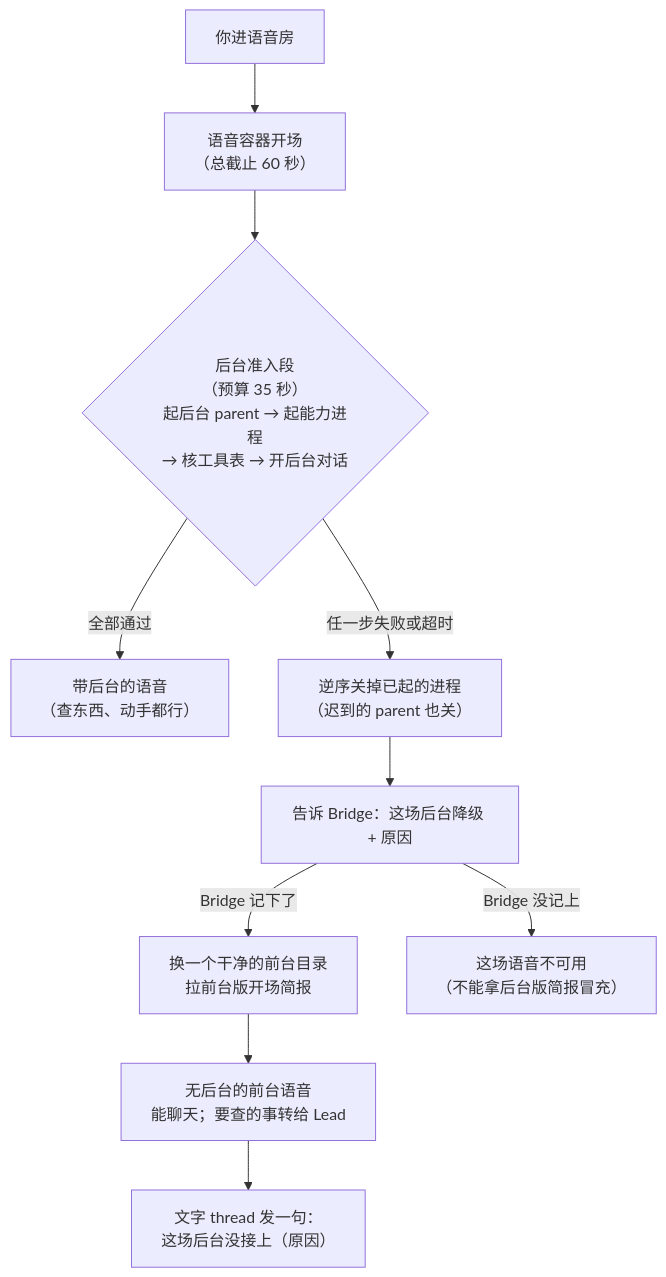
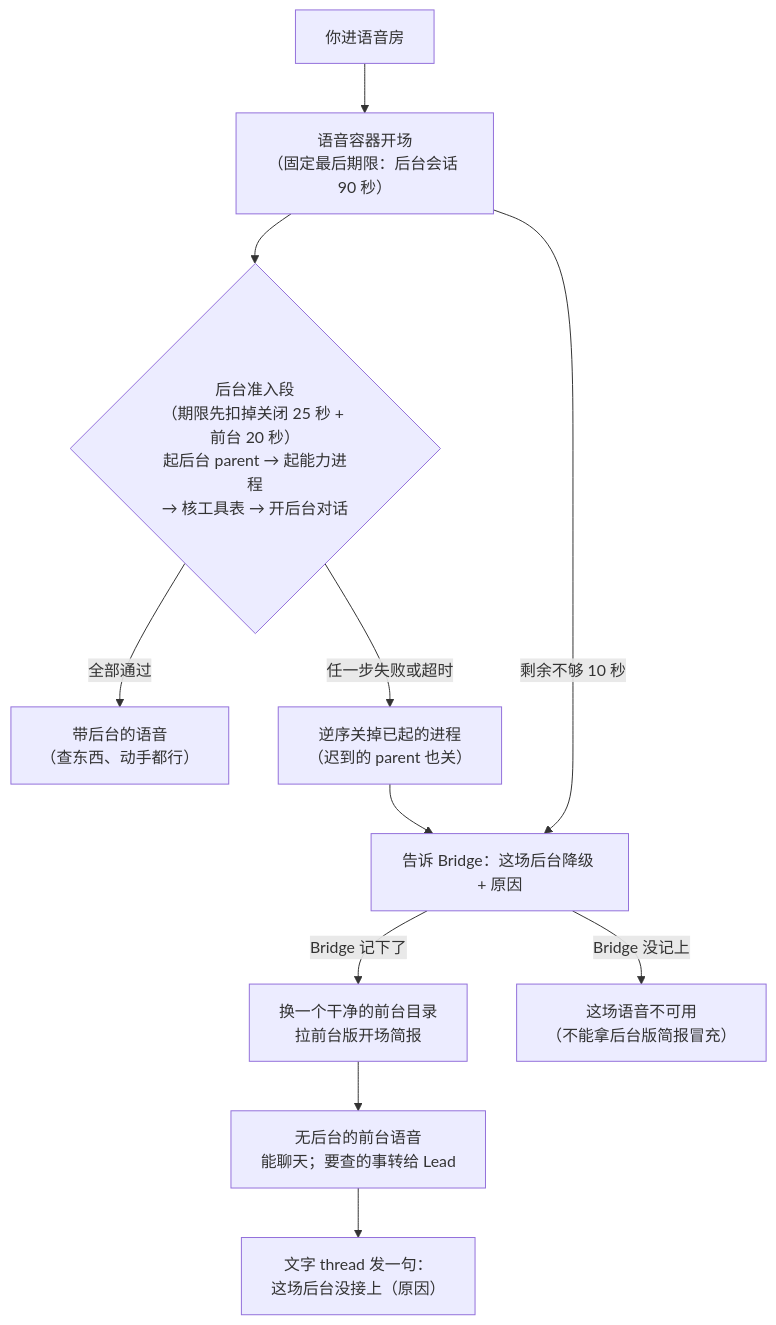
One commit to xrliAnnie/flywheel-qa-sandbox changed the diagram in engineering/doc/FLY-2886-voice-brain-agent/d4.mmd. Above: the diagram before and after it, drawn with Mermaid. The commit also changed 3 other files, not shown here.

```diff
--- a/engineering/doc/FLY-2886-voice-brain-agent/d4.mmd
+++ b/engineering/doc/FLY-2886-voice-brain-agent/d4.mmd
@@ -1,10 +1,11 @@
 flowchart TD
-  A["你进语音房"] --> B["语音容器开场<br/>（总截止 60 秒）"]
-  B --> C{"后台准入段<br/>（预算 35 秒）<br/>起后台 parent → 起能力进程<br/>→ 核工具表 → 开后台对话"}
+  A["你进语音房"] --> B["语音容器开场<br/>（固定最后期限：后台会话 90 秒）"]
+  B --> C{"后台准入段<br/>（期限先扣掉关闭 25 秒 + 前台 20 秒）<br/>起后台 parent → 起能力进程<br/>→ 核工具表 → 开后台对话"}
   C -- "全部通过" --> D["带后台的语音<br/>（查东西、动手都行）"]
+  B -- "剩余不够 10 秒" --> F
   C -- "任一步失败或超时" --> E["逆序关掉已起的进程<br/>（迟到的 parent 也关）"]
   E --> F["告诉 Bridge：这场后台降级 + 原因"]
   F -- "Bridge 记下了" --> G["换一个干净的前台目录<br/>拉前台版开场简报"]
   G --> H["无后台的前台语音<br/>能聊天；要查的事转给 Lead"]
   H --> I["文字 thread 发一句：<br/>这场后台没接上（原因）"]
   F -- "Bridge 没记上" --> X["这场语音不可用<br/>（不能拿后台版简报冒充）"]
```
